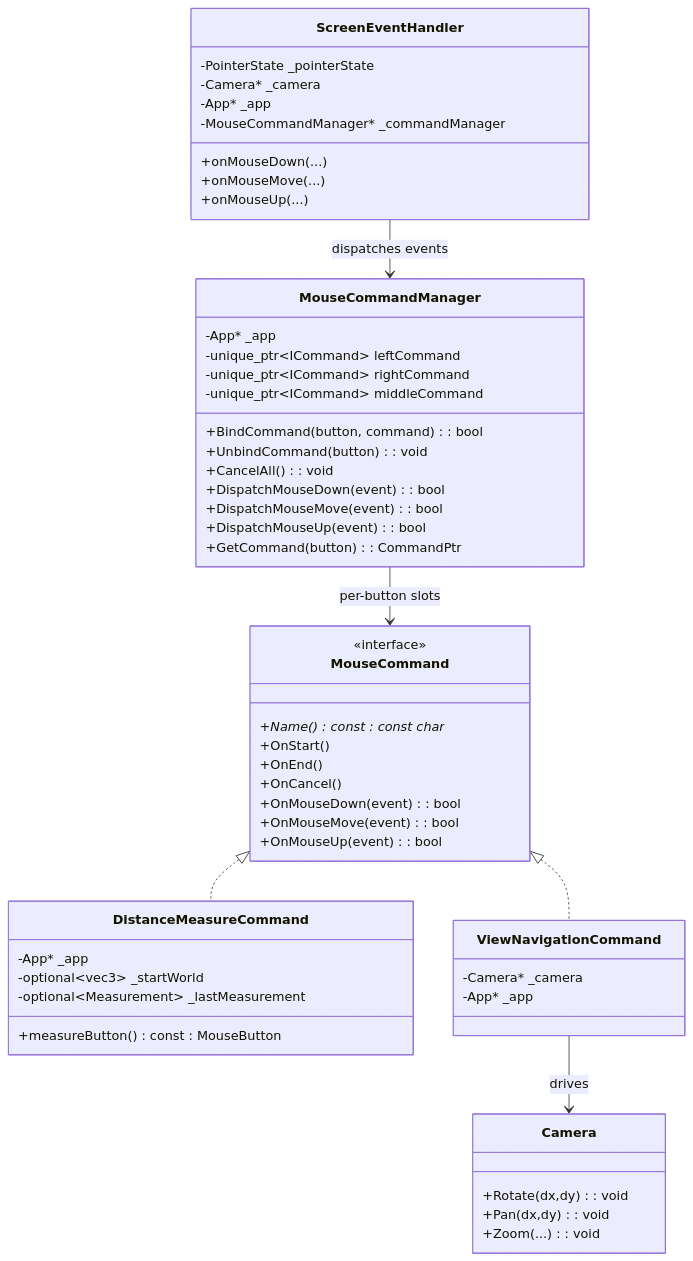
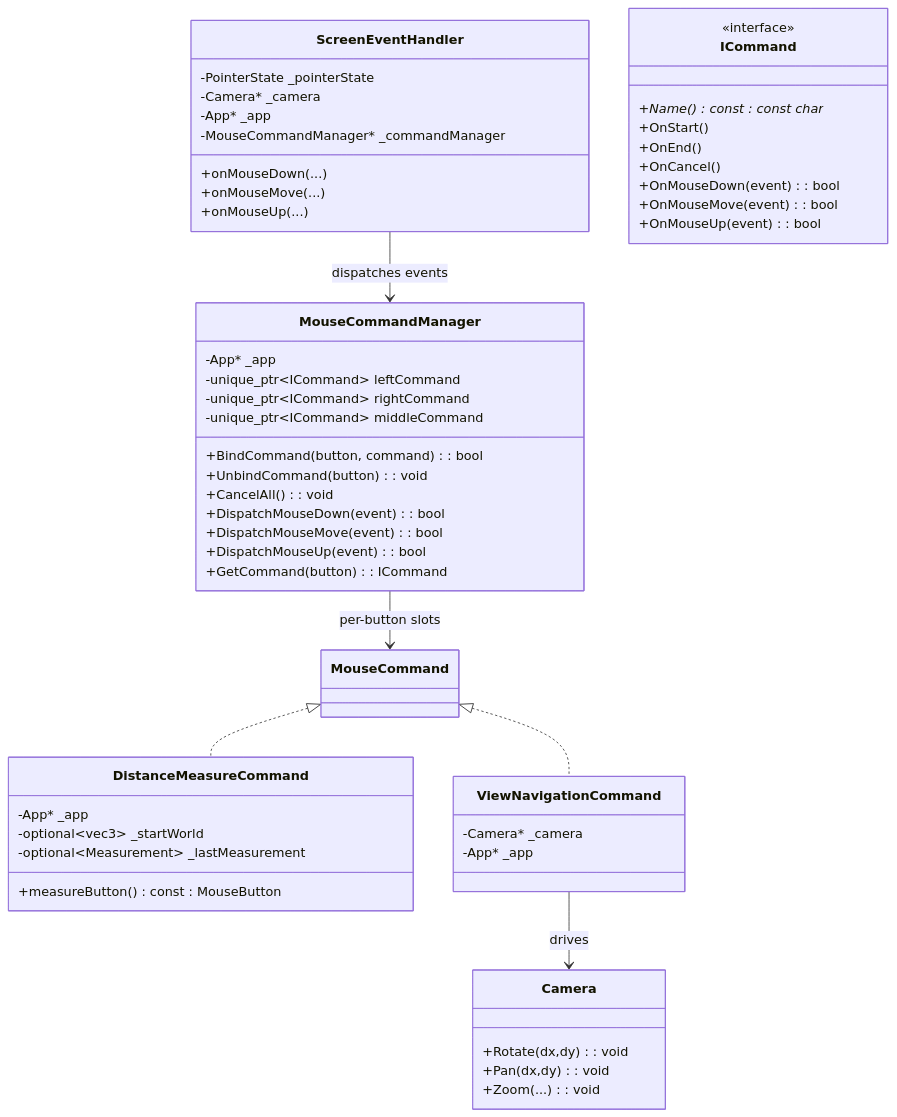
The second of 2 diagrams in GraphV3.md (vfa-khaidt1/vfa-cdn), drawn with Mermaid before and after one commit.

Commit message:
Rename MouseCommand to ICommand in GraphV3.md

````diff
--- a/GraphV3.md
+++ b/GraphV3.md
@@ -38,63 +38,63 @@
 ```mermaid
 classDiagram
     class ScreenEventHandler {
         -PointerState _pointerState
         -Camera* _camera
         -App* _app
         -MouseCommandManager* _commandManager
         +onMouseDown(...)
         +onMouseMove(...)
         +onMouseUp(...)
     }
 
-    class MouseCommand {
+    class ICommand {
         <<interface>>
         +Name() const : const char*
         +OnStart()
         +OnEnd()
         +OnCancel()
         +OnMouseDown(event): bool
         +OnMouseMove(event): bool
         +OnMouseUp(event): bool
     }
 
     class MouseCommandManager {
         -App* _app
         -unique_ptr~ICommand~ leftCommand
         -unique_ptr~ICommand~ rightCommand
         -unique_ptr~ICommand~ middleCommand
         +BindCommand(button, command): bool
         +UnbindCommand(button): void
         +CancelAll(): void
         +DispatchMouseDown(event): bool
         +DispatchMouseMove(event): bool
         +DispatchMouseUp(event): bool
-        +GetCommand(button): CommandPtr
+        +GetCommand(button): ICommand
     }
 
     class DistanceMeasureCommand {
         -App* _app
         -optional~vec3~ _startWorld
         -optional~Measurement~ _lastMeasurement
         +measureButton() const : MouseButton
     }
 
     class ViewNavigationCommand {
         -Camera* _camera
         -App* _app
     }
 
     class Camera {
         +Rotate(dx,dy): void
         +Pan(dx,dy): void
         +Zoom(...): void
     }
 
     MouseCommand <|.. DistanceMeasureCommand
     MouseCommand <|.. ViewNavigationCommand
 
     ScreenEventHandler --> MouseCommandManager : dispatches events
     MouseCommandManager --> MouseCommand : per-button slots
     ViewNavigationCommand --> Camera : drives
 
 ```
````
